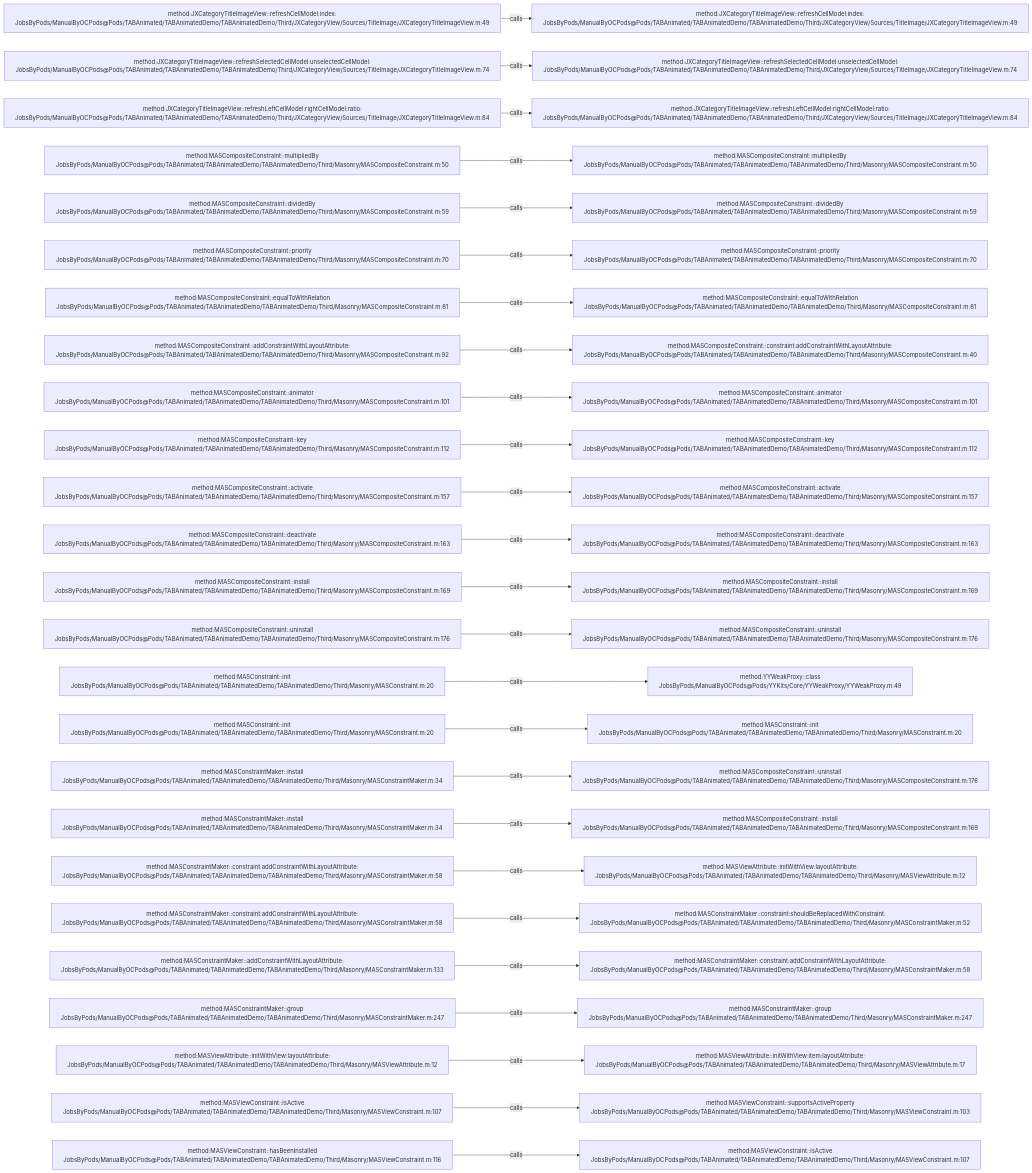
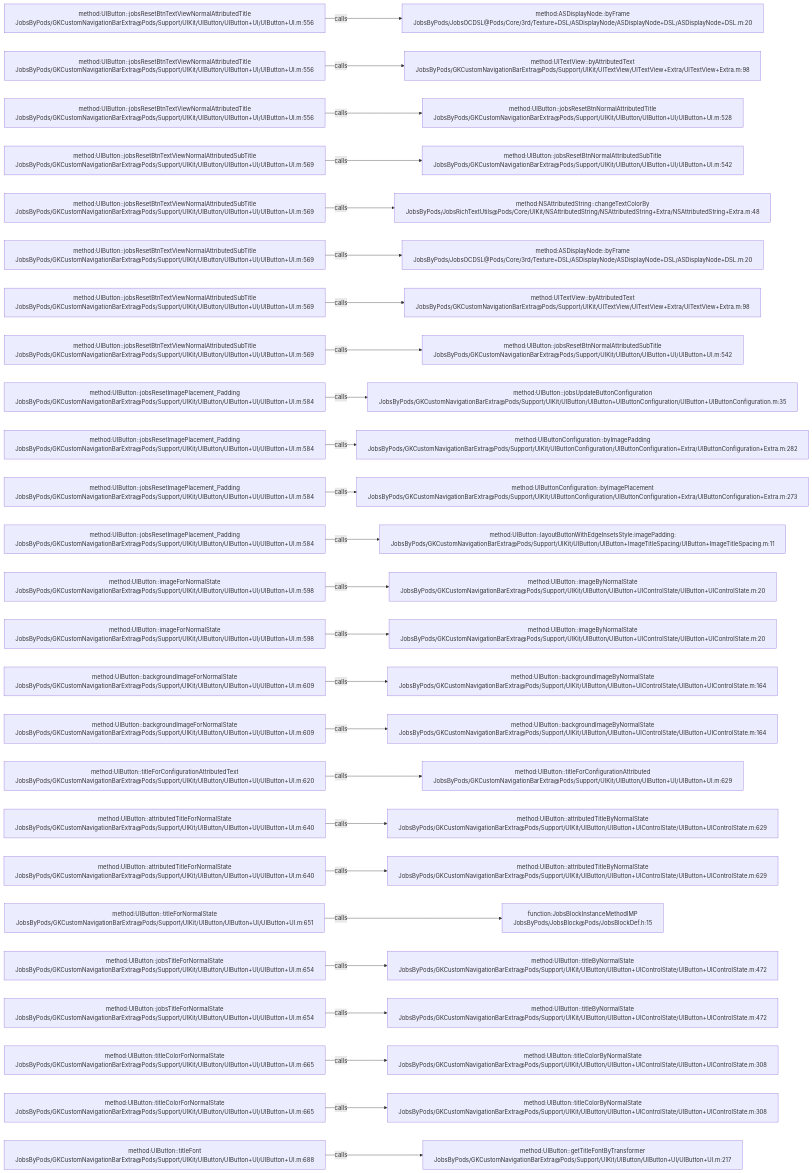
One commit to JobsKits/JobsOCBaseConfigDemo changed the diagram in .codegraph/codegraph.md/graphs/calls-031.md. Above: the diagram before and after it, drawn with Mermaid. The commit also changed 768 other files, not shown here.

````diff
--- a/.codegraph/codegraph.md/graphs/calls-031.md
+++ b/.codegraph/codegraph.md/graphs/calls-031.md
@@ -13,78 +13,78 @@
 ```mermaid
 flowchart LR
-  S1["method:JXCategoryTitleImageView::refreshCellModel:index:<br/>JobsByPods/ManualByOCPods@Pods/TABAnimated/TABAnimatedDemo/TABAnimatedDemo/Third/JXCategoryView/Sources/TitleImage/JXCategoryTitleImageView.m:49"]
-  T1["method:JXCategoryTitleImageView::refreshCellModel:index:<br/>JobsByPods/ManualByOCPods@Pods/TABAnimated/TABAnimatedDemo/TABAnimatedDemo/Third/JXCategoryView/Sources/TitleImage/JXCategoryTitleImageView.m:49"]
+  S1["method:UIButton::jobsResetBtnTextViewNormalAttributedTitle<br/>JobsByPods/GKCustomNavigationBarExtra@Pods/Support/UIKit/UIButton/UIButton+UI/UIButton+UI.m:556"]
+  T1["method:ASDisplayNode::byFrame<br/>JobsByPods/JobsOCDSL@Pods/Core/3rd/Texture+DSL/ASDisplayNode/ASDisplayNode+DSL/ASDisplayNode+DSL.m:20"]
   S1 -->|calls| T1
-  S2["method:JXCategoryTitleImageView::refreshSelectedCellModel:unselectedCellModel:<br/>JobsByPods/ManualByOCPods@Pods/TABAnimated/TABAnimatedDemo/TABAnimatedDemo/Third/JXCategoryView/Sources/TitleImage/JXCategoryTitleImageView.m:74"]
-  T2["method:JXCategoryTitleImageView::refreshSelectedCellModel:unselectedCellModel:<br/>JobsByPods/ManualByOCPods@Pods/TABAnimated/TABAnimatedDemo/TABAnimatedDemo/Third/JXCategoryView/Sources/TitleImage/JXCategoryTitleImageView.m:74"]
+  S2["method:UIButton::jobsResetBtnTextViewNormalAttributedTitle<br/>JobsByPods/GKCustomNavigationBarExtra@Pods/Support/UIKit/UIButton/UIButton+UI/UIButton+UI.m:556"]
+  T2["method:UITextView::byAttributedText<br/>JobsByPods/GKCustomNavigationBarExtra@Pods/Support/UIKit/UITextView/UITextView+Extra/UITextView+Extra.m:98"]
   S2 -->|calls| T2
-  S3["method:JXCategoryTitleImageView::refreshLeftCellModel:rightCellModel:ratio:<br/>JobsByPods/ManualByOCPods@Pods/TABAnimated/TABAnimatedDemo/TABAnimatedDemo/Third/JXCategoryView/Sources/TitleImage/JXCategoryTitleImageView.m:84"]
-  T3["method:JXCategoryTitleImageView::refreshLeftCellModel:rightCellModel:ratio:<br/>JobsByPods/ManualByOCPods@Pods/TABAnimated/TABAnimatedDemo/TABAnimatedDemo/Third/JXCategoryView/Sources/TitleImage/JXCategoryTitleImageView.m:84"]
+  S3["method:UIButton::jobsResetBtnTextViewNormalAttributedTitle<br/>JobsByPods/GKCustomNavigationBarExtra@Pods/Support/UIKit/UIButton/UIButton+UI/UIButton+UI.m:556"]
+  T3["method:UIButton::jobsResetBtnNormalAttributedTitle<br/>JobsByPods/GKCustomNavigationBarExtra@Pods/Support/UIKit/UIButton/UIButton+UI/UIButton+UI.m:528"]
   S3 -->|calls| T3
-  S4["method:MASCompositeConstraint::multipliedBy<br/>JobsByPods/ManualByOCPods@Pods/TABAnimated/TABAnimatedDemo/TABAnimatedDemo/Third/Masonry/MASCompositeConstraint.m:50"]
-  T4["method:MASCompositeConstraint::multipliedBy<br/>JobsByPods/ManualByOCPods@Pods/TABAnimated/TABAnimatedDemo/TABAnimatedDemo/Third/Masonry/MASCompositeConstraint.m:50"]
+  S4["method:UIButton::jobsResetBtnTextViewNormalAttributedSubTitle<br/>JobsByPods/GKCustomNavigationBarExtra@Pods/Support/UIKit/UIButton/UIButton+UI/UIButton+UI.m:569"]
+  T4["method:UIButton::jobsResetBtnNormalAttributedSubTitle<br/>JobsByPods/GKCustomNavigationBarExtra@Pods/Support/UIKit/UIButton/UIButton+UI/UIButton+UI.m:542"]
   S4 -->|calls| T4
-  S5["method:MASCompositeConstraint::dividedBy<br/>JobsByPods/ManualByOCPods@Pods/TABAnimated/TABAnimatedDemo/TABAnimatedDemo/Third/Masonry/MASCompositeConstraint.m:59"]
-  T5["method:MASCompositeConstraint::dividedBy<br/>JobsByPods/ManualByOCPods@Pods/TABAnimated/TABAnimatedDemo/TABAnimatedDemo/Third/Masonry/MASCompositeConstraint.m:59"]
+  S5["method:UIButton::jobsResetBtnTextViewNormalAttributedSubTitle<br/>JobsByPods/GKCustomNavigationBarExtra@Pods/Support/UIKit/UIButton/UIButton+UI/UIButton+UI.m:569"]
+  T5["method:NSAttributedString::changeTextColorBy<br/>JobsByPods/JobsRichTextUtils@Pods/Core/UIKit/NSAttributedString/NSAttributedString+Extra/NSAttributedString+Extra.m:48"]
   S5 -->|calls| T5
-  S6["method:MASCompositeConstraint::priority<br/>JobsByPods/ManualByOCPods@Pods/TABAnimated/TABAnimatedDemo/TABAnimatedDemo/Third/Masonry/MASCompositeConstraint.m:70"]
-  T6["method:MASCompositeConstraint::priority<br/>JobsByPods/ManualByOCPods@Pods/TABAnimated/TABAnimatedDemo/TABAnimatedDemo/Third/Masonry/MASCompositeConstraint.m:70"]
+  S6["method:UIButton::jobsResetBtnTextViewNormalAttributedSubTitle<br/>JobsByPods/GKCustomNavigationBarExtra@Pods/Support/UIKit/UIButton/UIButton+UI/UIButton+UI.m:569"]
+  T6["method:ASDisplayNode::byFrame<br/>JobsByPods/JobsOCDSL@Pods/Core/3rd/Texture+DSL/ASDisplayNode/ASDisplayNode+DSL/ASDisplayNode+DSL.m:20"]
   S6 -->|calls| T6
-  S7["method:MASCompositeConstraint::equalToWithRelation<br/>JobsByPods/ManualByOCPods@Pods/TABAnimated/TABAnimatedDemo/TABAnimatedDemo/Third/Masonry/MASCompositeConstraint.m:81"]
-  T7["method:MASCompositeConstraint::equalToWithRelation<br/>JobsByPods/ManualByOCPods@Pods/TABAnimated/TABAnimatedDemo/TABAnimatedDemo/Third/Masonry/MASCompositeConstraint.m:81"]
+  S7["method:UIButton::jobsResetBtnTextViewNormalAttributedSubTitle<br/>JobsByPods/GKCustomNavigationBarExtra@Pods/Support/UIKit/UIButton/UIButton+UI/UIButton+UI.m:569"]
+  T7["method:UITextView::byAttributedText<br/>JobsByPods/GKCustomNavigationBarExtra@Pods/Support/UIKit/UITextView/UITextView+Extra/UITextView+Extra.m:98"]
   S7 -->|calls| T7
-  S8["method:MASCompositeConstraint::addConstraintWithLayoutAttribute:<br/>JobsByPods/ManualByOCPods@Pods/TABAnimated/TABAnimatedDemo/TABAnimatedDemo/Third/Masonry/MASCompositeConstraint.m:92"]
-  T8["method:MASCompositeConstraint::constraint:addConstraintWithLayoutAttribute:<br/>JobsByPods/ManualByOCPods@Pods/TABAnimated/TABAnimatedDemo/TABAnimatedDemo/Third/Masonry/MASCompositeConstraint.m:40"]
+  S8["method:UIButton::jobsResetBtnTextViewNormalAttributedSubTitle<br/>JobsByPods/GKCustomNavigationBarExtra@Pods/Support/UIKit/UIButton/UIButton+UI/UIButton+UI.m:569"]
+  T8["method:UIButton::jobsResetBtnNormalAttributedSubTitle<br/>JobsByPods/GKCustomNavigationBarExtra@Pods/Support/UIKit/UIButton/UIButton+UI/UIButton+UI.m:542"]
   S8 -->|calls| T8
-  S9["method:MASCompositeConstraint::animator<br/>JobsByPods/ManualByOCPods@Pods/TABAnimated/TABAnimatedDemo/TABAnimatedDemo/Third/Masonry/MASCompositeConstraint.m:101"]
-  T9["method:MASCompositeConstraint::animator<br/>JobsByPods/ManualByOCPods@Pods/TABAnimated/TABAnimatedDemo/TABAnimatedDemo/Third/Masonry/MASCompositeConstraint.m:101"]
+  S9["method:UIButton::jobsResetImagePlacement_Padding<br/>JobsByPods/GKCustomNavigationBarExtra@Pods/Support/UIKit/UIButton/UIButton+UI/UIButton+UI.m:584"]
+  T9["method:UIButton::jobsUpdateButtonConfiguration<br/>JobsByPods/GKCustomNavigationBarExtra@Pods/Support/UIKit/UIButton/UIButton+UIButtonConfiguration/UIButton+UIButtonConfiguration.m:35"]
   S9 -->|calls| T9
-  S10["method:MASCompositeConstraint::key<br/>JobsByPods/ManualByOCPods@Pods/TABAnimated/TABAnimatedDemo/TABAnimatedDemo/Third/Masonry/MASCompositeConstraint.m:112"]
-  T10["method:MASCompositeConstraint::key<br/>JobsByPods/ManualByOCPods@Pods/TABAnimated/TABAnimatedDemo/TABAnimatedDemo/Third/Masonry/MASCompositeConstraint.m:112"]
+  S10["method:UIButton::jobsResetImagePlacement_Padding<br/>JobsByPods/GKCustomNavigationBarExtra@Pods/Support/UIKit/UIButton/UIButton+UI/UIButton+UI.m:584"]
+  T10["method:UIButtonConfiguration::byImagePadding<br/>JobsByPods/GKCustomNavigationBarExtra@Pods/Support/UIKit/UIButtonConfiguration/UIButtonConfiguration+Extra/UIButtonConfiguration+Extra.m:282"]
   S10 -->|calls| T10
-  S11["method:MASCompositeConstraint::activate<br/>JobsByPods/ManualByOCPods@Pods/TABAnimated/TABAnimatedDemo/TABAnimatedDemo/Third/Masonry/MASCompositeConstraint.m:157"]
-  T11["method:MASCompositeConstraint::activate<br/>JobsByPods/ManualByOCPods@Pods/TABAnimated/TABAnimatedDemo/TABAnimatedDemo/Third/Masonry/MASCompositeConstraint.m:157"]
+  S11["method:UIButton::jobsResetImagePlacement_Padding<br/>JobsByPods/GKCustomNavigationBarExtra@Pods/Support/UIKit/UIButton/UIButton+UI/UIButton+UI.m:584"]
+  T11["method:UIButtonConfiguration::byImagePlacement<br/>JobsByPods/GKCustomNavigationBarExtra@Pods/Support/UIKit/UIButtonConfiguration/UIButtonConfiguration+Extra/UIButtonConfiguration+Extra.m:273"]
   S11 -->|calls| T11
-  S12["method:MASCompositeConstraint::deactivate<br/>JobsByPods/ManualByOCPods@Pods/TABAnimated/TABAnimatedDemo/TABAnimatedDemo/Third/Masonry/MASCompositeConstraint.m:163"]
-  T12["method:MASCompositeConstraint::deactivate<br/>JobsByPods/ManualByOCPods@Pods/TABAnimated/TABAnimatedDemo/TABAnimatedDemo/Third/Masonry/MASCompositeConstraint.m:163"]
+  S12["method:UIButton::jobsResetImagePlacement_Padding<br/>JobsByPods/GKCustomNavigationBarExtra@Pods/Support/UIKit/UIButton/UIButton+UI/UIButton+UI.m:584"]
+  T12["method:UIButton::layoutButtonWithEdgeInsetsStyle:imagePadding:<br/>JobsByPods/GKCustomNavigationBarExtra@Pods/Support/UIKit/UIButton/UIButton+ImageTitleSpacing/UIButton+ImageTitleSpacing.m:11"]
   S12 -->|calls| T12
-  S13["method:MASCompositeConstraint::install<br/>JobsByPods/ManualByOCPods@Pods/TABAnimated/TABAnimatedDemo/TABAnimatedDemo/Third/Masonry/MASCompositeConstraint.m:169"]
-  T13["method:MASCompositeConstraint::install<br/>JobsByPods/ManualByOCPods@Pods/TABAnimated/TABAnimatedDemo/TABAnimatedDemo/Third/Masonry/MASCompositeConstraint.m:169"]
+  S13["method:UIButton::imageForNormalState<br/>JobsByPods/GKCustomNavigationBarExtra@Pods/Support/UIKit/UIButton/UIButton+UI/UIButton+UI.m:598"]
+  T13["method:UIButton::imageByNormalState<br/>JobsByPods/GKCustomNavigationBarExtra@Pods/Support/UIKit/UIButton/UIButton+UIControlState/UIButton+UIControlState.m:20"]
   S13 -->|calls| T13
-  S14["method:MASCompositeConstraint::uninstall<br/>JobsByPods/ManualByOCPods@Pods/TABAnimated/TABAnimatedDemo/TABAnimatedDemo/Third/Masonry/MASCompositeConstraint.m:176"]
-  T14["method:MASCompositeConstraint::uninstall<br/>JobsByPods/ManualByOCPods@Pods/TABAnimated/TABAnimatedDemo/TABAnimatedDemo/Third/Masonry/MASCompositeConstraint.m:176"]
+  S14["method:UIButton::imageForNormalState<br/>JobsByPods/GKCustomNavigationBarExtra@Pods/Support/UIKit/UIButton/UIButton+UI/UIButton+UI.m:598"]
+  T14["method:UIButton::imageByNormalState<br/>JobsByPods/GKCustomNavigationBarExtra@Pods/Support/UIKit/UIButton/UIButton+UIControlState/UIButton+UIControlState.m:20"]
   S14 -->|calls| T14
-  S15["method:MASConstraint::init<br/>JobsByPods/ManualByOCPods@Pods/TABAnimated/TABAnimatedDemo/TABAnimatedDemo/Third/Masonry/MASConstraint.m:20"]
-  T15["method:YYWeakProxy::class<br/>JobsByPods/ManualByOCPods@Pods/YYKits/Core/YYWeakProxy/YYWeakProxy.m:49"]
+  S15["method:UIButton::backgroundImageForNormalState<br/>JobsByPods/GKCustomNavigationBarExtra@Pods/Support/UIKit/UIButton/UIButton+UI/UIButton+UI.m:609"]
+  T15["method:UIButton::backgroundImageByNormalState<br/>JobsByPods/GKCustomNavigationBarExtra@Pods/Support/UIKit/UIButton/UIButton+UIControlState/UIButton+UIControlState.m:164"]
   S15 -->|calls| T15
-  S16["method:MASConstraint::init<br/>JobsByPods/ManualByOCPods@Pods/TABAnimated/TABAnimatedDemo/TABAnimatedDemo/Third/Masonry/MASConstraint.m:20"]
-  T16["method:MASConstraint::init<br/>JobsByPods/ManualByOCPods@Pods/TABAnimated/TABAnimatedDemo/TABAnimatedDemo/Third/Masonry/MASConstraint.m:20"]
+  S16["method:UIButton::backgroundImageForNormalState<br/>JobsByPods/GKCustomNavigationBarExtra@Pods/Support/UIKit/UIButton/UIButton+UI/UIButton+UI.m:609"]
+  T16["method:UIButton::backgroundImageByNormalState<br/>JobsByPods/GKCustomNavigationBarExtra@Pods/Support/UIKit/UIButton/UIButton+UIControlState/UIButton+UIControlState.m:164"]
   S16 -->|calls| T16
-  S17["method:MASConstraintMaker::install<br/>JobsByPods/ManualByOCPods@Pods/TABAnimated/TABAnimatedDemo/TABAnimatedDemo/Third/Masonry/MASConstraintMaker.m:34"]
-  T17["method:MASCompositeConstraint::uninstall<br/>JobsByPods/ManualByOCPods@Pods/TABAnimated/TABAnimatedDemo/TABAnimatedDemo/Third/Masonry/MASCompositeConstraint.m:176"]
+  S17["method:UIButton::titleForConfigurationAttributedText<br/>JobsByPods/GKCustomNavigationBarExtra@Pods/Support/UIKit/UIButton/UIButton+UI/UIButton+UI.m:620"]
+  T17["method:UIButton::titleForConfigurationAttributed<br/>JobsByPods/GKCustomNavigationBarExtra@Pods/Support/UIKit/UIButton/UIButton+UI/UIButton+UI.m:629"]
   S17 -->|calls| T17
-  S18["method:MASConstraintMaker::install<br/>JobsByPods/ManualByOCPods@Pods/TABAnimated/TABAnimatedDemo/TABAnimatedDemo/Third/Masonry/MASConstraintMaker.m:34"]
-  T18["method:MASCompositeConstraint::install<br/>JobsByPods/ManualByOCPods@Pods/TABAnimated/TABAnimatedDemo/TABAnimatedDemo/Third/Masonry/MASCompositeConstraint.m:169"]
+  S18["method:UIButton::attributedTitleForNormalState<br/>JobsByPods/GKCustomNavigationBarExtra@Pods/Support/UIKit/UIButton/UIButton+UI/UIButton+UI.m:640"]
+  T18["method:UIButton::attributedTitleByNormalState<br/>JobsByPods/GKCustomNavigationBarExtra@Pods/Support/UIKit/UIButton/UIButton+UIControlState/UIButton+UIControlState.m:629"]
   S18 -->|calls| T18
-  S19["method:MASConstraintMaker::constraint:addConstraintWithLayoutAttribute:<br/>JobsByPods/ManualByOCPods@Pods/TABAnimated/TABAnimatedDemo/TABAnimatedDemo/Third/Masonry/MASConstraintMaker.m:58"]
-  T19["method:MASViewAttribute::initWithView:layoutAttribute:<br/>JobsByPods/ManualByOCPods@Pods/TABAnimated/TABAnimatedDemo/TABAnimatedDemo/Third/Masonry/MASViewAttribute.m:12"]
+  S19["method:UIButton::attributedTitleForNormalState<br/>JobsByPods/GKCustomNavigationBarExtra@Pods/Support/UIKit/UIButton/UIButton+UI/UIButton+UI.m:640"]
+  T19["method:UIButton::attributedTitleByNormalState<br/>JobsByPods/GKCustomNavigationBarExtra@Pods/Support/UIKit/UIButton/UIButton+UIControlState/UIButton+UIControlState.m:629"]
   S19 -->|calls| T19
-  S20["method:MASConstraintMaker::constraint:addConstraintWithLayoutAttribute:<br/>JobsByPods/ManualByOCPods@Pods/TABAnimated/TABAnimatedDemo/TABAnimatedDemo/Third/Masonry/MASConstraintMaker.m:58"]
-  T20["method:MASConstraintMaker::constraint:shouldBeReplacedWithConstraint:<br/>JobsByPods/ManualByOCPods@Pods/TABAnimated/TABAnimatedDemo/TABAnimatedDemo/Third/Masonry/MASConstraintMaker.m:52"]
+  S20["method:UIButton::titleForNormalState<br/>JobsByPods/GKCustomNavigationBarExtra@Pods/Support/UIKit/UIButton/UIButton+UI/UIButton+UI.m:651"]
+  T20["function:JobsBlockInstanceMethodIMP<br/>JobsByPods/JobsBlock@Pods/JobsBlockDef.h:15"]
   S20 -->|calls| T20
-  S21["method:MASConstraintMaker::addConstraintWithLayoutAttribute:<br/>JobsByPods/ManualByOCPods@Pods/TABAnimated/TABAnimatedDemo/TABAnimatedDemo/Third/Masonry/MASConstraintMaker.m:133"]
-  T21["method:MASConstraintMaker::constraint:addConstraintWithLayoutAttribute:<br/>JobsByPods/ManualByOCPods@Pods/TABAnimated/TABAnimatedDemo/TABAnimatedDemo/Third/Masonry/MASConstraintMaker.m:58"]
+  S21["method:UIButton::jobsTitleForNormalState<br/>JobsByPods/GKCustomNavigationBarExtra@Pods/Support/UIKit/UIButton/UIButton+UI/UIButton+UI.m:654"]
+  T21["method:UIButton::titleByNormalState<br/>JobsByPods/GKCustomNavigationBarExtra@Pods/Support/UIKit/UIButton/UIButton+UIControlState/UIButton+UIControlState.m:472"]
   S21 -->|calls| T21
-  S22["method:MASConstraintMaker::group<br/>JobsByPods/ManualByOCPods@Pods/TABAnimated/TABAnimatedDemo/TABAnimatedDemo/Third/Masonry/MASConstraintMaker.m:247"]
-  T22["method:MASConstraintMaker::group<br/>JobsByPods/ManualByOCPods@Pods/TABAnimated/TABAnimatedDemo/TABAnimatedDemo/Third/Masonry/MASConstraintMaker.m:247"]
+  S22["method:UIButton::jobsTitleForNormalState<br/>JobsByPods/GKCustomNavigationBarExtra@Pods/Support/UIKit/UIButton/UIButton+UI/UIButton+UI.m:654"]
+  T22["method:UIButton::titleByNormalState<br/>JobsByPods/GKCustomNavigationBarExtra@Pods/Support/UIKit/UIButton/UIButton+UIControlState/UIButton+UIControlState.m:472"]
   S22 -->|calls| T22
-  S23["method:MASViewAttribute::initWithView:layoutAttribute:<br/>JobsByPods/ManualByOCPods@Pods/TABAnimated/TABAnimatedDemo/TABAnimatedDemo/Third/Masonry/MASViewAttribute.m:12"]
-  T23["method:MASViewAttribute::initWithView:item:layoutAttribute:<br/>JobsByPods/ManualByOCPods@Pods/TABAnimated/TABAnimatedDemo/TABAnimatedDemo/Third/Masonry/MASViewAttribute.m:17"]
+  S23["method:UIButton::titleColorForNormalState<br/>JobsByPods/GKCustomNavigationBarExtra@Pods/Support/UIKit/UIButton/UIButton+UI/UIButton+UI.m:665"]
+  T23["method:UIButton::titleColorByNormalState<br/>JobsByPods/GKCustomNavigationBarExtra@Pods/Support/UIKit/UIButton/UIButton+UIControlState/UIButton+UIControlState.m:308"]
   S23 -->|calls| T23
-  S24["method:MASViewConstraint::isActive<br/>JobsByPods/ManualByOCPods@Pods/TABAnimated/TABAnimatedDemo/TABAnimatedDemo/Third/Masonry/MASViewConstraint.m:107"]
-  T24["method:MASViewConstraint::supportsActiveProperty<br/>JobsByPods/ManualByOCPods@Pods/TABAnimated/TABAnimatedDemo/TABAnimatedDemo/Third/Masonry/MASViewConstraint.m:103"]
+  S24["method:UIButton::titleColorForNormalState<br/>JobsByPods/GKCustomNavigationBarExtra@Pods/Support/UIKit/UIButton/UIButton+UI/UIButton+UI.m:665"]
+  T24["method:UIButton::titleColorByNormalState<br/>JobsByPods/GKCustomNavigationBarExtra@Pods/Support/UIKit/UIButton/UIButton+UIControlState/UIButton+UIControlState.m:308"]
   S24 -->|calls| T24
-  S25["method:MASViewConstraint::hasBeenInstalled<br/>JobsByPods/ManualByOCPods@Pods/TABAnimated/TABAnimatedDemo/TABAnimatedDemo/Third/Masonry/MASViewConstraint.m:116"]
-  T25["method:MASViewConstraint::isActive<br/>JobsByPods/ManualByOCPods@Pods/TABAnimated/TABAnimatedDemo/TABAnimatedDemo/Third/Masonry/MASViewConstraint.m:107"]
+  S25["method:UIButton::titleFont<br/>JobsByPods/GKCustomNavigationBarExtra@Pods/Support/UIKit/UIButton/UIButton+UI/UIButton+UI.m:688"]
+  T25["method:UIButton::getTitleFontByTransformer<br/>JobsByPods/GKCustomNavigationBarExtra@Pods/Support/UIKit/UIButton/UIButton+UI/UIButton+UI.m:217"]
   S25 -->|calls| T25
 ```
````
